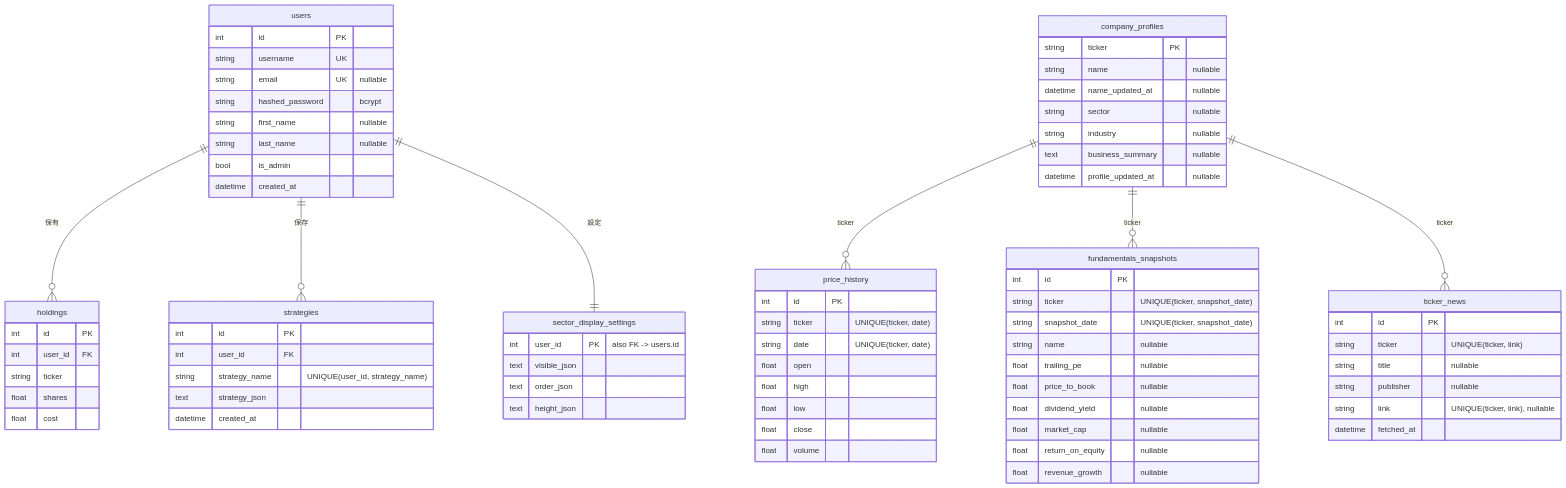
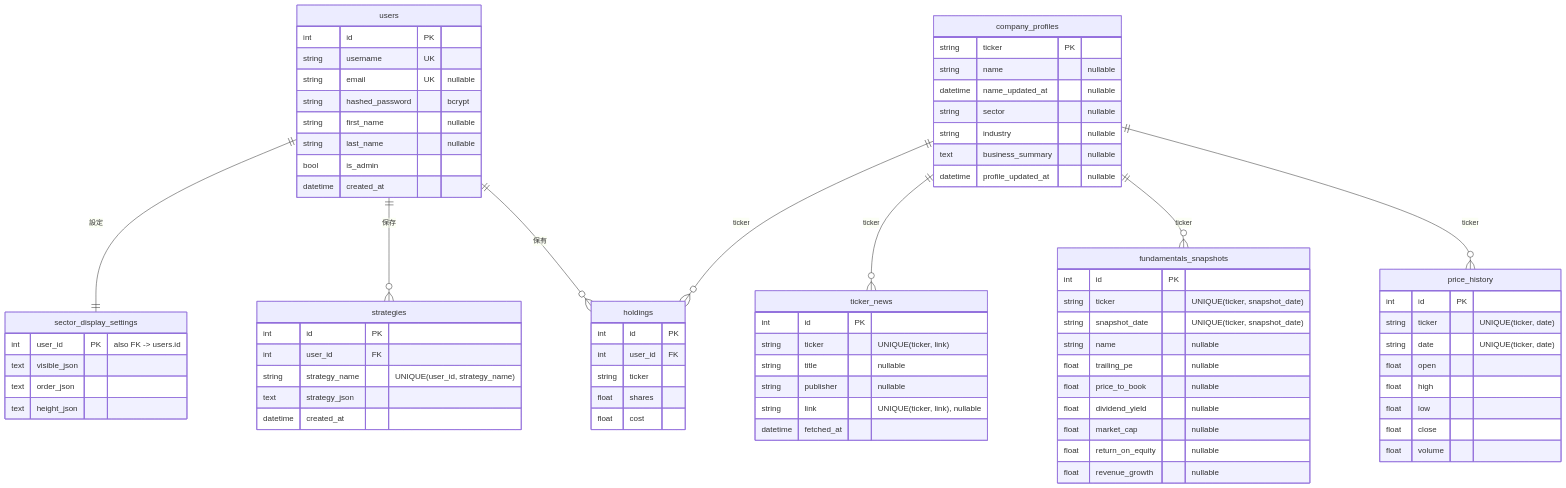
One commit to duwenji/ai-stock-investing-tutorial changed diagram 11 of 11 in app/docs/app-design.md. Above: the diagram before and after it, drawn with Mermaid. The commit also changed other lines of this file and 8 other files, not shown here.

First line of the commit message:
feat: add foreign key from holdings.ticker to company_profiles.ticker

````diff
--- a/app/docs/app-design.md
+++ b/app/docs/app-design.md
@@ -967,79 +967,80 @@
 ```mermaid
 erDiagram
     users ||--o{ holdings : "保有"
     users ||--o{ strategies : "保存"
     users ||--|| sector_display_settings : "設定"
     company_profiles ||--o{ price_history : "ticker"
     company_profiles ||--o{ fundamentals_snapshots : "ticker"
     company_profiles ||--o{ ticker_news : "ticker"
+    company_profiles ||--o{ holdings : "ticker"
 
     users {
         int id PK
         string username UK
         string email UK "nullable"
         string hashed_password "bcrypt"
         string first_name "nullable"
         string last_name "nullable"
         bool is_admin
         datetime created_at
     }
     holdings {
         int id PK
         int user_id FK
         string ticker
         float shares
         float cost
     }
     strategies {
         int id PK
         int user_id FK
         string strategy_name "UNIQUE(user_id, strategy_name)"
         text strategy_json
         datetime created_at
     }
     sector_display_settings {
         int user_id PK "also FK -> users.id"
         text visible_json
         text order_json
         text height_json
     }
     price_history {
         int id PK
         string ticker "UNIQUE(ticker, date)"
         string date "UNIQUE(ticker, date)"
         float open
         float high
         float low
         float close
         float volume
     }
     fundamentals_snapshots {
         int id PK
         string ticker "UNIQUE(ticker, snapshot_date)"
         string snapshot_date "UNIQUE(ticker, snapshot_date)"
         string name "nullable"
         float trailing_pe "nullable"
         float price_to_book "nullable"
         float dividend_yield "nullable"
         float market_cap "nullable"
         float return_on_equity "nullable"
         float revenue_growth "nullable"
     }
     company_profiles {
         string ticker PK
         string name "nullable"
         datetime name_updated_at "nullable"
         string sector "nullable"
         string industry "nullable"
         text business_summary "nullable"
         datetime profile_updated_at "nullable"
     }
     ticker_news {
         int id PK
         string ticker "UNIQUE(ticker, link)"
         string title "nullable"
         string publisher "nullable"
         string link "UNIQUE(ticker, link), nullable"
         datetime fetched_at
     }
 ```
````
